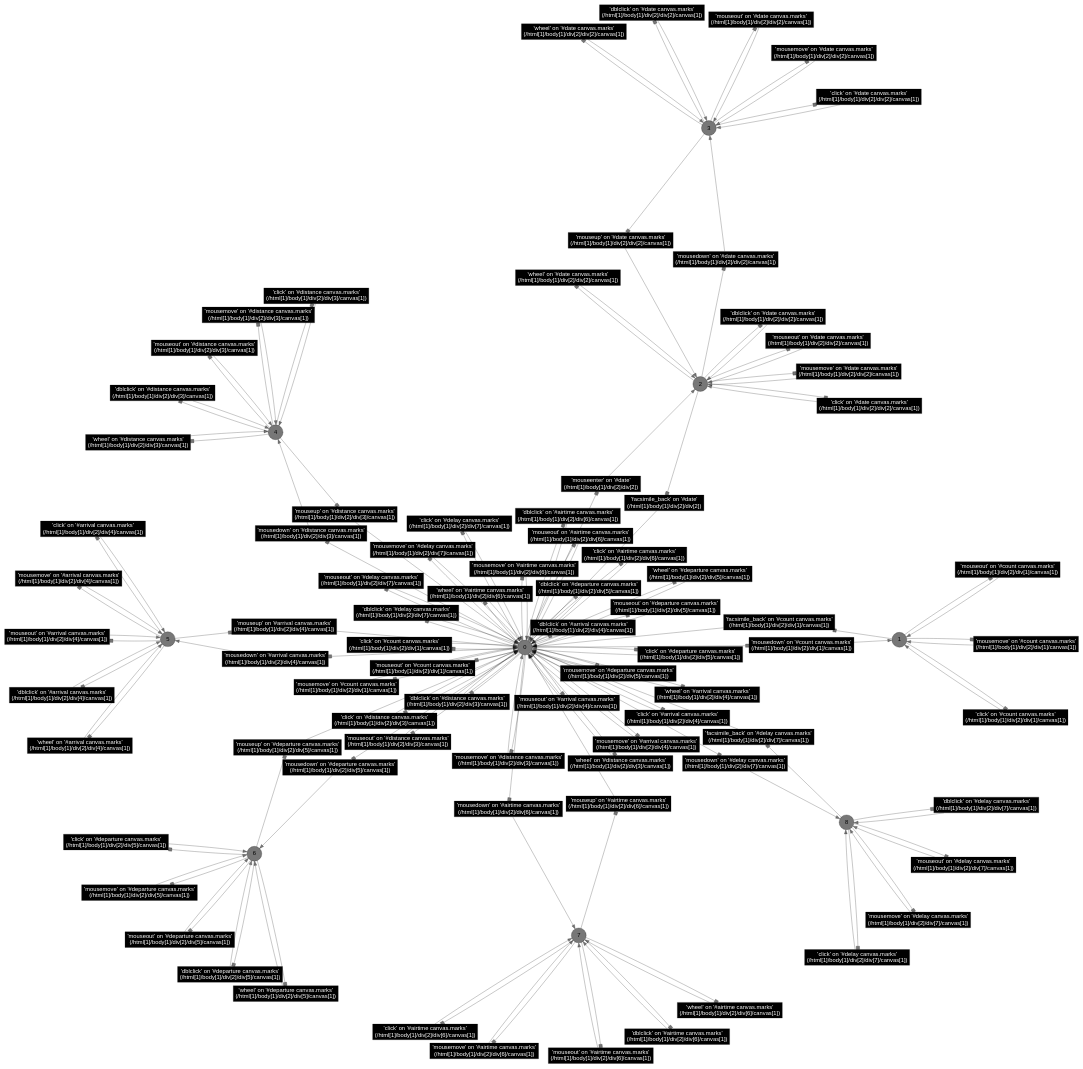
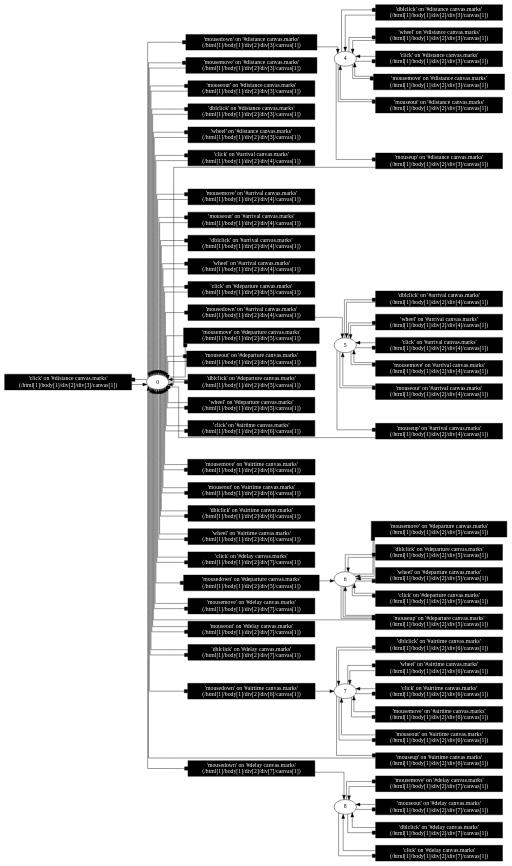
One commit to MatteoFilosa/TraVIS changed the diagram in static/files/statechartGV/falcon.gv. Above: the diagram before and after it, drawn with Graphviz. The commit also changed 4 other files, not shown here.

```diff
--- a/static/files/statechartGV/falcon.gv
+++ b/static/files/statechartGV/falcon.gv
@@ -1,50 +1,11 @@
 digraph G {
 
-	graph [
-		layout = neato
-		labelloc = b
-		fontname = "Helvetica,Arial,sans-serif"
-		start = regular
-		normalize = 0
-		overlap= prism;  // or scalexy, scale, prism, ortho, or compress
+	rankdir="LR";
+	splines=ortho;
 
-	]
-	node [
-		shape = circle
-		style = filled
-		color = "#00000088"
-		fontname = "Helvetica,Arial,sans-serif"
-
-	]
-	edge [
-		len = 1
-		color = "#00000088"
-		fontname = "Helvetica,Arial,sans-serif"
-	]
-
-	E0 [label="'click' on '#count canvas.marks'\n(/html[1]/body[1]/div[2]/div[1]/canvas[1])", shape="box", style="filled", fillcolor="#000000", fontcolor="#FFFFFF"];
-	0 -> E0 [arrowhead="box"];
-	E0 -> 0;
-
-	E1 [label="'mousedown' on '#count canvas.marks'\n(/html[1]/body[1]/div[2]/div[1]/canvas[1])", shape="box", style="filled", fillcolor="#000000", fontcolor="#FFFFFF"];
-	0 -> E1 [arrowhead="box"];
-	E1 -> 1;
-
-	E2 [label="'mousemove' on '#count canvas.marks'\n(/html[1]/body[1]/div[2]/div[1]/canvas[1])", shape="box", style="filled", fillcolor="#000000", fontcolor="#FFFFFF"];
-	0 -> E2 [arrowhead="box"];
-	E2 -> 0;
-
-	E3 [label="'mouseout' on '#count canvas.marks'\n(/html[1]/body[1]/div[2]/div[1]/canvas[1])", shape="box", style="filled", fillcolor="#000000", fontcolor="#FFFFFF"];
-	0 -> E3 [arrowhead="box"];
-	E3 -> 0;
-
-	E4 [label="'mouseenter' on '#date'\n(/html[1]/body[1]/div[2]/div[2])", shape="box", style="filled", fillcolor="#000000", fontcolor="#FFFFFF"];
+	E4 [label="'click' on '#distance canvas.marks'\n(/html[1]/body[1]/div[2]/div[3]/canvas[1])", shape="box", style="filled", fillcolor="#000000", fontcolor="#FFFFFF"];
 	0 -> E4 [arrowhead="box"];
-	E4 -> 2;
-
-	E5 [label="'click' on '#distance canvas.marks'\n(/html[1]/body[1]/div[2]/div[3]/canvas[1])", shape="box", style="filled", fillcolor="#000000", fontcolor="#FFFFFF"];
-	0 -> E5 [arrowhead="box"];
-	E5 -> 0;
+	E4 -> 0;
 
 	E6 [label="'mousedown' on '#distance canvas.marks'\n(/html[1]/body[1]/div[2]/div[3]/canvas[1])", shape="box", style="filled", fillcolor="#000000", fontcolor="#FFFFFF"];
 	0 -> E6 [arrowhead="box"];
@@ -158,188 +119,116 @@
 	0 -> E33 [arrowhead="box"];
 	E33 -> 0;
 
-	E34 [label="'click' on '#count canvas.marks'\n(/html[1]/body[1]/div[2]/div[1]/canvas[1])", shape="box", style="filled", fillcolor="#000000", fontcolor="#FFFFFF"];
-	1 -> E34 [arrowhead="box"];
-	E34 -> 1;
+	E38 [label="'click' on '#distance canvas.marks'\n(/html[1]/body[1]/div[2]/div[3]/canvas[1])", shape="box", style="filled", fillcolor="#000000", fontcolor="#FFFFFF"];
+	4 -> E38 [arrowhead="box"];
+	E38 -> 4;
 
-	E35 [label="'mousemove' on '#count canvas.marks'\n(/html[1]/body[1]/div[2]/div[1]/canvas[1])", shape="box", style="filled", fillcolor="#000000", fontcolor="#FFFFFF"];
-	1 -> E35 [arrowhead="box"];
-	E35 -> 1;
+	E39 [label="'mousemove' on '#distance canvas.marks'\n(/html[1]/body[1]/div[2]/div[3]/canvas[1])", shape="box", style="filled", fillcolor="#000000", fontcolor="#FFFFFF"];
+	4 -> E39 [arrowhead="box"];
+	E39 -> 4;
 
-	E36 [label="'mouseout' on '#count canvas.marks'\n(/html[1]/body[1]/div[2]/div[1]/canvas[1])", shape="box", style="filled", fillcolor="#000000", fontcolor="#FFFFFF"];
-	1 -> E36 [arrowhead="box"];
-	E36 -> 1;
+	E40 [label="'mouseout' on '#distance canvas.marks'\n(/html[1]/body[1]/div[2]/div[3]/canvas[1])", shape="box", style="filled", fillcolor="#000000", fontcolor="#FFFFFF"];
+	4 -> E40 [arrowhead="box"];
+	E40 -> 4;
 
-	E37 [label="'facsimile_back' on '#count canvas.marks'\n(/html[1]/body[1]/div[2]/div[1]/canvas[1])", shape="box", style="filled", fillcolor="#000000", fontcolor="#FFFFFF"];
-	1 -> E37 [arrowhead="box"];
-	E37 -> 0;
+	E41 [label="'mouseup' on '#distance canvas.marks'\n(/html[1]/body[1]/div[2]/div[3]/canvas[1])", shape="box", style="filled", fillcolor="#000000", fontcolor="#FFFFFF"];
+	4 -> E41 [arrowhead="box"];
+	E41 -> 0;
 
-	E38 [label="'click' on '#date canvas.marks'\n(/html[1]/body[1]/div[2]/div[2]/canvas[1])", shape="box", style="filled", fillcolor="#000000", fontcolor="#FFFFFF"];
-	2 -> E38 [arrowhead="box"];
-	E38 -> 2;
+	E42 [label="'dblclick' on '#distance canvas.marks'\n(/html[1]/body[1]/div[2]/div[3]/canvas[1])", shape="box", style="filled", fillcolor="#000000", fontcolor="#FFFFFF"];
+	4 -> E42 [arrowhead="box"];
+	E42 -> 4;
 
-	E39 [label="'mousedown' on '#date canvas.marks'\n(/html[1]/body[1]/div[2]/div[2]/canvas[1])", shape="box", style="filled", fillcolor="#000000", fontcolor="#FFFFFF"];
-	2 -> E39 [arrowhead="box"];
-	E39 -> 3;
+	E43 [label="'wheel' on '#distance canvas.marks'\n(/html[1]/body[1]/div[2]/div[3]/canvas[1])", shape="box", style="filled", fillcolor="#000000", fontcolor="#FFFFFF"];
+	4 -> E43 [arrowhead="box"];
+	E43 -> 4;
 
-	E40 [label="'mousemove' on '#date canvas.marks'\n(/html[1]/body[1]/div[2]/div[2]/canvas[1])", shape="box", style="filled", fillcolor="#000000", fontcolor="#FFFFFF"];
-	2 -> E40 [arrowhead="box"];
-	E40 -> 2;
+	E44 [label="'click' on '#arrival canvas.marks'\n(/html[1]/body[1]/div[2]/div[4]/canvas[1])", shape="box", style="filled", fillcolor="#000000", fontcolor="#FFFFFF"];
+	5 -> E44 [arrowhead="box"];
+	E44 -> 5;
 
-	E41 [label="'mouseout' on '#date canvas.marks'\n(/html[1]/body[1]/div[2]/div[2]/canvas[1])", shape="box", style="filled", fillcolor="#000000", fontcolor="#FFFFFF"];
-	2 -> E41 [arrowhead="box"];
-	E41 -> 2;
+	E45 [label="'mousemove' on '#arrival canvas.marks'\n(/html[1]/body[1]/div[2]/div[4]/canvas[1])", shape="box", style="filled", fillcolor="#000000", fontcolor="#FFFFFF"];
+	5 -> E45 [arrowhead="box"];
+	E45 -> 5;
 
-	E42 [label="'dblclick' on '#date canvas.marks'\n(/html[1]/body[1]/div[2]/div[2]/canvas[1])", shape="box", style="filled", fillcolor="#000000", fontcolor="#FFFFFF"];
-	2 -> E42 [arrowhead="box"];
-	E42 -> 2;
+	E46 [label="'mouseout' on '#arrival canvas.marks'\n(/html[1]/body[1]/div[2]/div[4]/canvas[1])", shape="box", style="filled", fillcolor="#000000", fontcolor="#FFFFFF"];
+	5 -> E46 [arrowhead="box"];
+	E46 -> 5;
 
-	E43 [label="'wheel' on '#date canvas.marks'\n(/html[1]/body[1]/div[2]/div[2]/canvas[1])", shape="box", style="filled", fillcolor="#000000", fontcolor="#FFFFFF"];
-	2 -> E43 [arrowhead="box"];
-	E43 -> 2;
+	E47 [label="'mouseup' on '#arrival canvas.marks'\n(/html[1]/body[1]/div[2]/div[4]/canvas[1])", shape="box", style="filled", fillcolor="#000000", fontcolor="#FFFFFF"];
+	5 -> E47 [arrowhead="box"];
+	E47 -> 0;
 
-	E44 [label="'facsimile_back' on '#date'\n(/html[1]/body[1]/div[2]/div[2])", shape="box", style="filled", fillcolor="#000000", fontcolor="#FFFFFF"];
-	2 -> E44 [arrowhead="box"];
-	E44 -> 0;
+	E48 [label="'dblclick' on '#arrival canvas.marks'\n(/html[1]/body[1]/div[2]/div[4]/canvas[1])", shape="box", style="filled", fillcolor="#000000", fontcolor="#FFFFFF"];
+	5 -> E48 [arrowhead="box"];
+	E48 -> 5;
 
-	E45 [label="'click' on '#date canvas.marks'\n(/html[1]/body[1]/div[2]/div[2]/canvas[1])", shape="box", style="filled", fillcolor="#000000", fontcolor="#FFFFFF"];
-	3 -> E45 [arrowhead="box"];
-	E45 -> 3;
+	E49 [label="'wheel' on '#arrival canvas.marks'\n(/html[1]/body[1]/div[2]/div[4]/canvas[1])", shape="box", style="filled", fillcolor="#000000", fontcolor="#FFFFFF"];
+	5 -> E49 [arrowhead="box"];
+	E49 -> 5;
 
-	E46 [label="'mousemove' on '#date canvas.marks'\n(/html[1]/body[1]/div[2]/div[2]/canvas[1])", shape="box", style="filled", fillcolor="#000000", fontcolor="#FFFFFF"];
-	3 -> E46 [arrowhead="box"];
-	E46 -> 3;
+	E50 [label="'click' on '#departure canvas.marks'\n(/html[1]/body[1]/div[2]/div[5]/canvas[1])", shape="box", style="filled", fillcolor="#000000", fontcolor="#FFFFFF"];
+	6 -> E50 [arrowhead="box"];
+	E50 -> 6;
 
-	E47 [label="'mouseout' on '#date canvas.marks'\n(/html[1]/body[1]/div[2]/div[2]/canvas[1])", shape="box", style="filled", fillcolor="#000000", fontcolor="#FFFFFF"];
-	3 -> E47 [arrowhead="box"];
-	E47 -> 3;
+	E51 [label="'mousemove' on '#departure canvas.marks'\n(/html[1]/body[1]/div[2]/div[5]/canvas[1])", shape="box", style="filled", fillcolor="#000000", fontcolor="#FFFFFF"];
+	6 -> E51 [arrowhead="box"];
+	E51 -> 6;
 
-	E48 [label="'mouseup' on '#date canvas.marks'\n(/html[1]/body[1]/div[2]/div[2]/canvas[1])", shape="box", style="filled", fillcolor="#000000", fontcolor="#FFFFFF"];
-	3 -> E48 [arrowhead="box"];
-	E48 -> 2;
+	E52 [label="'mouseout' on '#departure canvas.marks'\n(/html[1]/body[1]/div[2]/div[5]/canvas[1])", shape="box", style="filled", fillcolor="#000000", fontcolor="#FFFFFF"];
+	6 -> E52 [arrowhead="box"];
+	E52 -> 6;
 
-	E49 [label="'dblclick' on '#date canvas.marks'\n(/html[1]/body[1]/div[2]/div[2]/canvas[1])", shape="box", style="filled", fillcolor="#000000", fontcolor="#FFFFFF"];
-	3 -> E49 [arrowhead="box"];
-	E49 -> 3;
+	E52 [label="'mouseup' on '#departure canvas.marks'\n(/html[1]/body[1]/div[2]/div[5]/canvas[1])", shape="box", style="filled", fillcolor="#000000", fontcolor="#FFFFFF"];
+	6 -> E52 [arrowhead="box"];
+	E52 -> 0;
 
-	E50 [label="'wheel' on '#date canvas.marks'\n(/html[1]/body[1]/div[2]/div[2]/canvas[1])", shape="box", style="filled", fillcolor="#000000", fontcolor="#FFFFFF"];
-	3 -> E50 [arrowhead="box"];
-	E50 -> 3;
+	E53 [label="'dblclick' on '#departure canvas.marks'\n(/html[1]/body[1]/div[2]/div[5]/canvas[1])", shape="box", style="filled", fillcolor="#000000", fontcolor="#FFFFFF"];
+	6 -> E53 [arrowhead="box"];
+	E53 -> 6;
 
-	E51 [label="'click' on '#distance canvas.marks'\n(/html[1]/body[1]/div[2]/div[3]/canvas[1])", shape="box", style="filled", fillcolor="#000000", fontcolor="#FFFFFF"];
-	4 -> E51 [arrowhead="box"];
-	E51 -> 4;
+	E54 [label="'wheel' on '#departure canvas.marks'\n(/html[1]/body[1]/div[2]/div[5]/canvas[1])", shape="box", style="filled", fillcolor="#000000", fontcolor="#FFFFFF"];
+	6 -> E54 [arrowhead="box"];
+	E54 -> 6;
 
-	E52 [label="'mousemove' on '#distance canvas.marks'\n(/html[1]/body[1]/div[2]/div[3]/canvas[1])", shape="box", style="filled", fillcolor="#000000", fontcolor="#FFFFFF"];
-	4 -> E52 [arrowhead="box"];
-	E52 -> 4;
+	E55 [label="'click' on '#airtime canvas.marks'\n(/html[1]/body[1]/div[2]/div[6]/canvas[1])", shape="box", style="filled", fillcolor="#000000", fontcolor="#FFFFFF"];
+	7 -> E55 [arrowhead="box"];
+	E55 -> 7;
 
-	E53 [label="'mouseout' on '#distance canvas.marks'\n(/html[1]/body[1]/div[2]/div[3]/canvas[1])", shape="box", style="filled", fillcolor="#000000", fontcolor="#FFFFFF"];
-	4 -> E53 [arrowhead="box"];
-	E53 -> 4;
+	E56 [label="'mousemove' on '#airtime canvas.marks'\n(/html[1]/body[1]/div[2]/div[6]/canvas[1])", shape="box", style="filled", fillcolor="#000000", fontcolor="#FFFFFF"];
+	7 -> E56 [arrowhead="box"];
+	E56-> 7;
 
-	E54 [label="'mouseup' on '#distance canvas.marks'\n(/html[1]/body[1]/div[2]/div[3]/canvas[1])", shape="box", style="filled", fillcolor="#000000", fontcolor="#FFFFFF"];
-	4 -> E54 [arrowhead="box"];
-	E54 -> 0;
+	E57 [label="'mouseout' on '#airtime canvas.marks'\n(/html[1]/body[1]/div[2]/div[6]/canvas[1])", shape="box", style="filled", fillcolor="#000000", fontcolor="#FFFFFF"];
+	7 -> E57 [arrowhead="box"];
+	E57 -> 7;
 
-	E55 [label="'dblclick' on '#distance canvas.marks'\n(/html[1]/body[1]/div[2]/div[3]/canvas[1])", shape="box", style="filled", fillcolor="#000000", fontcolor="#FFFFFF"];
-	4 -> E55 [arrowhead="box"];
-	E55 -> 4;
+	E58 [label="'mouseup' on '#airtime canvas.marks'\n(/html[1]/body[1]/div[2]/div[6]/canvas[1])", shape="box", style="filled", fillcolor="#000000", fontcolor="#FFFFFF"];
+	7 -> E58 [arrowhead="box"];
+	E58 -> 0;
 
-	E56 [label="'wheel' on '#distance canvas.marks'\n(/html[1]/body[1]/div[2]/div[3]/canvas[1])", shape="box", style="filled", fillcolor="#000000", fontcolor="#FFFFFF"];
-	4 -> E56 [arrowhead="box"];
-	E56 -> 4;
+	E59 [label="'dblclick' on '#airtime canvas.marks'\n(/html[1]/body[1]/div[2]/div[6]/canvas[1])", shape="box", style="filled", fillcolor="#000000", fontcolor="#FFFFFF"];
+	7 -> E59 [arrowhead="box"];
+	E59 -> 7;
 
-	E57 [label="'click' on '#arrival canvas.marks'\n(/html[1]/body[1]/div[2]/div[4]/canvas[1])", shape="box", style="filled", fillcolor="#000000", fontcolor="#FFFFFF"];
-	5 -> E57 [arrowhead="box"];
-	E57 -> 5;
+	E60 [label="'wheel' on '#airtime canvas.marks'\n(/html[1]/body[1]/div[2]/div[6]/canvas[1])", shape="box", style="filled", fillcolor="#000000", fontcolor="#FFFFFF"];
+	7 -> E60 [arrowhead="box"];
+	E60 -> 7;
 
-	E58 [label="'mousemove' on '#arrival canvas.marks'\n(/html[1]/body[1]/div[2]/div[4]/canvas[1])", shape="box", style="filled", fillcolor="#000000", fontcolor="#FFFFFF"];
-	5 -> E58 [arrowhead="box"];
-	E58 -> 5;
+	E61 [label="'click' on '#delay canvas.marks'\n(/html[1]/body[1]/div[2]/div[7]/canvas[1])", shape="box", style="filled", fillcolor="#000000", fontcolor="#FFFFFF"];
+	8 -> E61 [arrowhead="box"];
+	E61 -> 8;
 
-	E59 [label="'mouseout' on '#arrival canvas.marks'\n(/html[1]/body[1]/div[2]/div[4]/canvas[1])", shape="box", style="filled", fillcolor="#000000", fontcolor="#FFFFFF"];
-	5 -> E59 [arrowhead="box"];
-	E59 -> 5;
+	E62 [label="'mousemove' on '#delay canvas.marks'\n(/html[1]/body[1]/div[2]/div[7]/canvas[1])", shape="box", style="filled", fillcolor="#000000", fontcolor="#FFFFFF"];
+	8 -> E62 [arrowhead="box"];
+	E62 -> 8;
 
-	E60 [label="'mouseup' on '#arrival canvas.marks'\n(/html[1]/body[1]/div[2]/div[4]/canvas[1])", shape="box", style="filled", fillcolor="#000000", fontcolor="#FFFFFF"];
-	5 -> E60 [arrowhead="box"];
-	E60 -> 0;
+	E63 [label="'mouseout' on '#delay canvas.marks'\n(/html[1]/body[1]/div[2]/div[7]/canvas[1])", shape="box", style="filled", fillcolor="#000000", fontcolor="#FFFFFF"];
+	8 -> E63 [arrowhead="box"];
+	E63 -> 8;
 
-	E61 [label="'dblclick' on '#arrival canvas.marks'\n(/html[1]/body[1]/div[2]/div[4]/canvas[1])", shape="box", style="filled", fillcolor="#000000", fontcolor="#FFFFFF"];
-	5 -> E61 [arrowhead="box"];
-	E61 -> 5;
-
-	E62 [label="'wheel' on '#arrival canvas.marks'\n(/html[1]/body[1]/div[2]/div[4]/canvas[1])", shape="box", style="filled", fillcolor="#000000", fontcolor="#FFFFFF"];
-	5 -> E62 [arrowhead="box"];
-	E62 -> 5;
-
-	E63 [label="'click' on '#departure canvas.marks'\n(/html[1]/body[1]/div[2]/div[5]/canvas[1])", shape="box", style="filled", fillcolor="#000000", fontcolor="#FFFFFF"];
-	6 -> E63 [arrowhead="box"];
-	E63 -> 6;
-
-	E64 [label="'mousemove' on '#departure canvas.marks'\n(/html[1]/body[1]/div[2]/div[5]/canvas[1])", shape="box", style="filled", fillcolor="#000000", fontcolor="#FFFFFF"];
-	6 -> E64 [arrowhead="box"];
-	E64 -> 6;
-
-	E65 [label="'mouseout' on '#departure canvas.marks'\n(/html[1]/body[1]/div[2]/div[5]/canvas[1])", shape="box", style="filled", fillcolor="#000000", fontcolor="#FFFFFF"];
-	6 -> E65 [arrowhead="box"];
-	E65 -> 6;
-
-	E66 [label="'mouseup' on '#departure canvas.marks'\n(/html[1]/body[1]/div[2]/div[5]/canvas[1])", shape="box", style="filled", fillcolor="#000000", fontcolor="#FFFFFF"];
-	6 -> E66 [arrowhead="box"];
-	E66 -> 0;
-
-	E67 [label="'dblclick' on '#departure canvas.marks'\n(/html[1]/body[1]/div[2]/div[5]/canvas[1])", shape="box", style="filled", fillcolor="#000000", fontcolor="#FFFFFF"];
-	6 -> E67 [arrowhead="box"];
-	E67 -> 6;
-
-	E68 [label="'wheel' on '#departure canvas.marks'\n(/html[1]/body[1]/div[2]/div[5]/canvas[1])", shape="box", style="filled", fillcolor="#000000", fontcolor="#FFFFFF"];
-	6 -> E68 [arrowhead="box"];
-	E68 -> 6;
-
-	E69 [label="'click' on '#airtime canvas.marks'\n(/html[1]/body[1]/div[2]/div[6]/canvas[1])", shape="box", style="filled", fillcolor="#000000", fontcolor="#FFFFFF"];
-	7 -> E69 [arrowhead="box"];
-	E69 -> 7;
-
-	E70 [label="'mousemove' on '#airtime canvas.marks'\n(/html[1]/body[1]/div[2]/div[6]/canvas[1])", shape="box", style="filled", fillcolor="#000000", fontcolor="#FFFFFF"];
-	7 -> E70 [arrowhead="box"];
-	E70 -> 7;
-
-	E71 [label="'mouseout' on '#airtime canvas.marks'\n(/html[1]/body[1]/div[2]/div[6]/canvas[1])", shape="box", style="filled", fillcolor="#000000", fontcolor="#FFFFFF"];
-	7 -> E71 [arrowhead="box"];
-	E71 -> 7;
-
-	E72 [label="'mouseup' on '#airtime canvas.marks'\n(/html[1]/body[1]/div[2]/div[6]/canvas[1])", shape="box", style="filled", fillcolor="#000000", fontcolor="#FFFFFF"];
-	7 -> E72 [arrowhead="box"];
-	E72 -> 0;
-
-	E73 [label="'dblclick' on '#airtime canvas.marks'\n(/html[1]/body[1]/div[2]/div[6]/canvas[1])", shape="box", style="filled", fillcolor="#000000", fontcolor="#FFFFFF"];
-	7 -> E73 [arrowhead="box"];
-	E73 -> 7;
-
-	E74 [label="'wheel' on '#airtime canvas.marks'\n(/html[1]/body[1]/div[2]/div[6]/canvas[1])", shape="box", style="filled", fillcolor="#000000", fontcolor="#FFFFFF"];
-	7 -> E74 [arrowhead="box"];
-	E74 -> 7;
-
-	E75 [label="'click' on '#delay canvas.marks'\n(/html[1]/body[1]/div[2]/div[7]/canvas[1])", shape="box", style="filled", fillcolor="#000000", fontcolor="#FFFFFF"];
-	8 -> E75 [arrowhead="box"];
-	E75 -> 8;
-
-	E76 [label="'mousemove' on '#delay canvas.marks'\n(/html[1]/body[1]/div[2]/div[7]/canvas[1])", shape="box", style="filled", fillcolor="#000000", fontcolor="#FFFFFF"];
-	8 -> E76 [arrowhead="box"];
-	E76 -> 8;
-
-	E77 [label="'mouseout' on '#delay canvas.marks'\n(/html[1]/body[1]/div[2]/div[7]/canvas[1])", shape="box", style="filled", fillcolor="#000000", fontcolor="#FFFFFF"];
-	8 -> E77 [arrowhead="box"];
-	E77 -> 8;
-
-	E78 [label="'dblclick' on '#delay canvas.marks'\n(/html[1]/body[1]/div[2]/div[7]/canvas[1])", shape="box", style="filled", fillcolor="#000000", fontcolor="#FFFFFF"];
-	8 -> E78 [arrowhead="box"];
-	E78 -> 8;
-
-	E79 [label="'facsimile_back' on '#delay canvas.marks'\n(/html[1]/body[1]/div[2]/div[7]/canvas[1])", shape="box", style="filled", fillcolor="#000000", fontcolor="#FFFFFF"];
-	8 -> E79 [arrowhead="box"];
-	E79 -> 0;
+	E64 [label="'dblclick' on '#delay canvas.marks'\n(/html[1]/body[1]/div[2]/div[7]/canvas[1])", shape="box", style="filled", fillcolor="#000000", fontcolor="#FFFFFF"];
+	8 -> E64 [arrowhead="box"];
+	E64 -> 8;
 
 }
```
